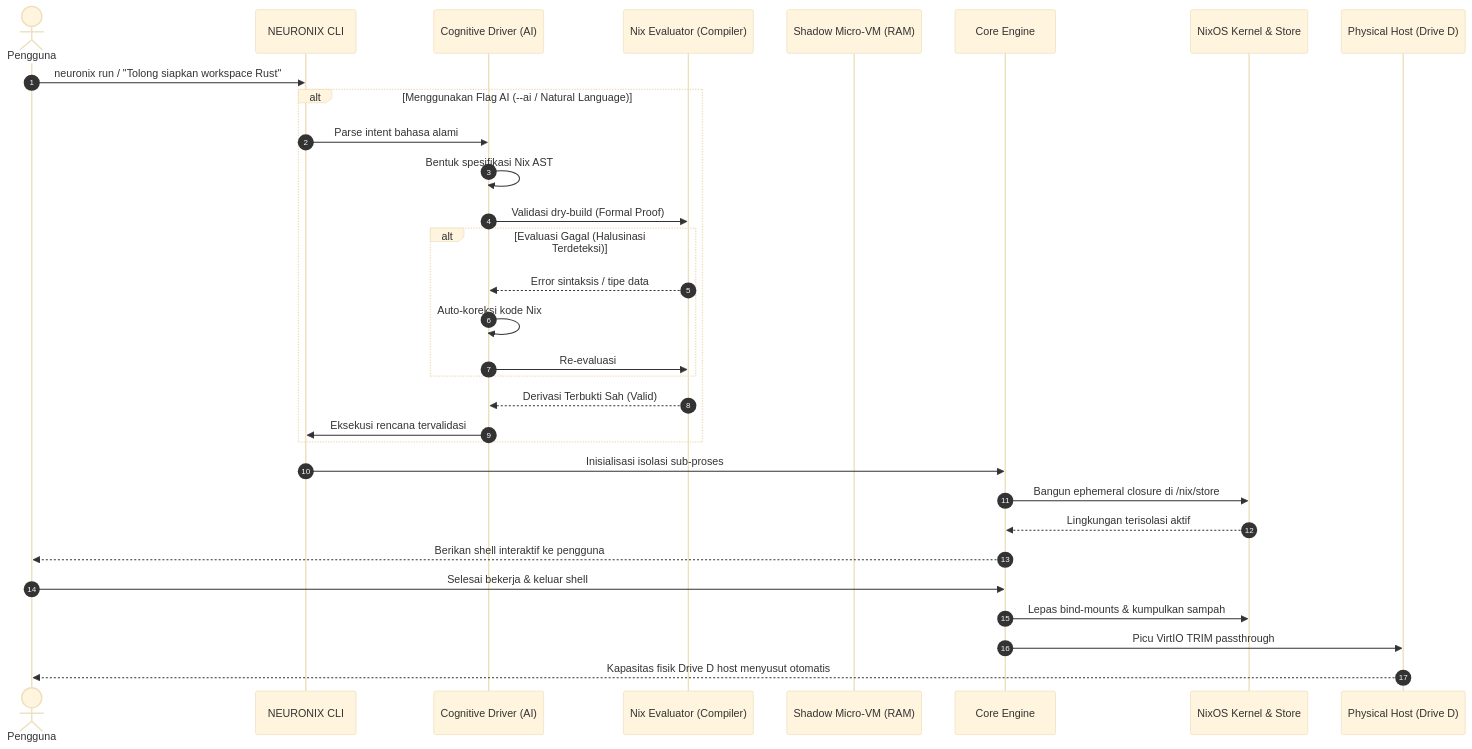
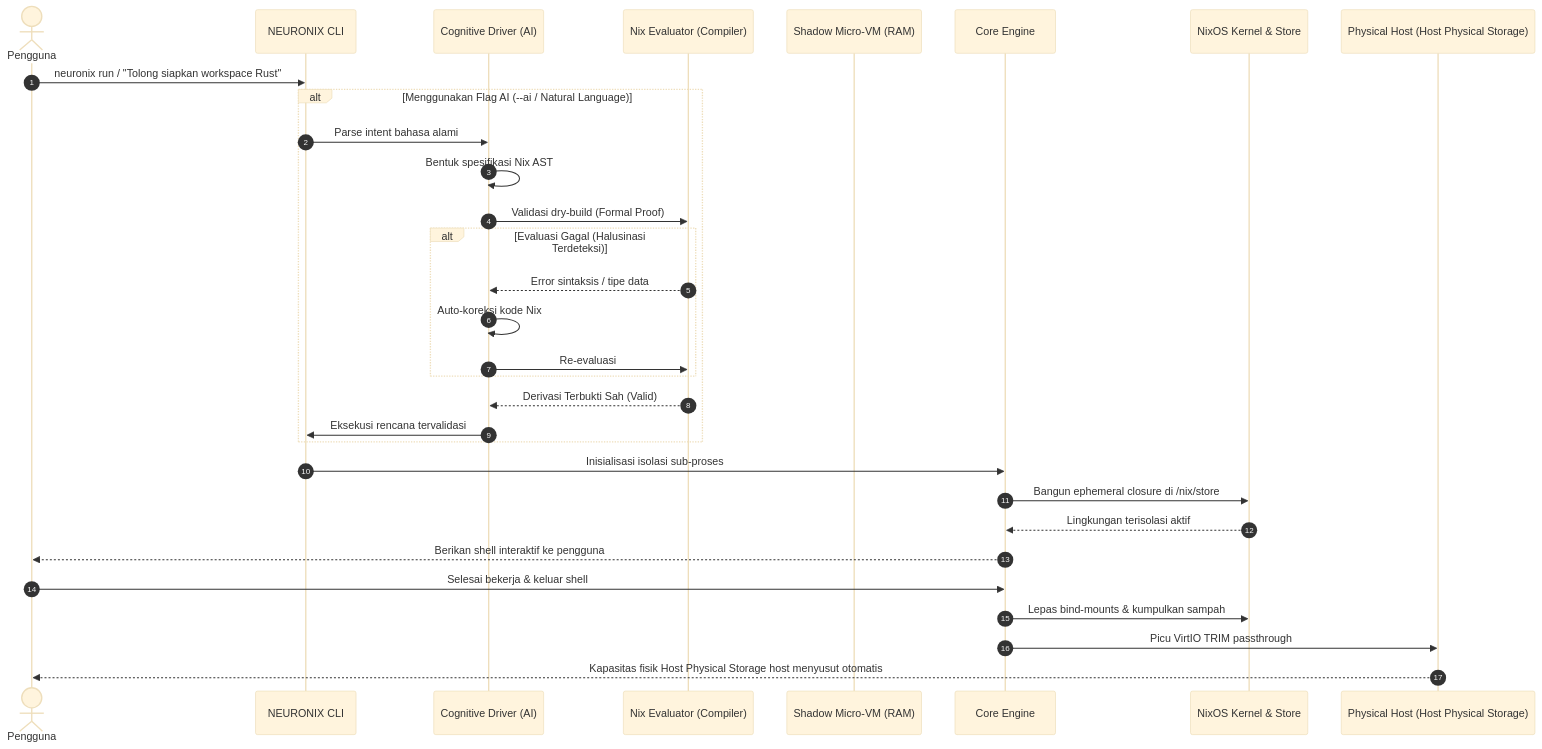
Before and after one commit to adamriofc/NeuronixOS: the diagram in Blueprint/02_SYSTEM_ARCHITECTURE.md, drawn with Mermaid (base theme). The commit also changed other lines of this file and 24 other files, not shown here.

Commit message:
refactor(core): purge hardcoded local PC paths and drive D references, enforce universal hardware-agnostic storage abstraction

````diff
--- a/Blueprint/02_SYSTEM_ARCHITECTURE.md
+++ b/Blueprint/02_SYSTEM_ARCHITECTURE.md
@@ -58,34 +58,34 @@
 ```mermaid
 sequenceDiagram
     autonumber
     actor User as Pengguna
     participant CLI as NEURONIX CLI
     participant Copilot as Cognitive Driver (AI)
     participant NixEval as Nix Evaluator (Compiler)
     participant Canary as Shadow Micro-VM (RAM)
     participant Core as Core Engine
     participant OS as NixOS Kernel & Store
-    participant Host as Physical Host (Drive D)
+    participant Host as Physical Host (Host Physical Storage)
 
     User->>CLI: neuronix run / "Tolong siapkan workspace Rust"
     alt Menggunakan Flag AI (--ai / Natural Language)
         CLI->>Copilot: Parse intent bahasa alami
         Copilot->>Copilot: Bentuk spesifikasi Nix AST
         Copilot->>NixEval: Validasi dry-build (Formal Proof)
         alt Evaluasi Gagal (Halusinasi Terdeteksi)
             NixEval-->>Copilot: Error sintaksis / tipe data
             Copilot->>Copilot: Auto-koreksi kode Nix
             Copilot->>NixEval: Re-evaluasi
         end
         NixEval-->>Copilot: Derivasi Terbukti Sah (Valid)
         Copilot->>CLI: Eksekusi rencana tervalidasi
     end
     CLI->>Core: Inisialisasi isolasi sub-proses
     Core->>OS: Bangun ephemeral closure di /nix/store
     OS-->>Core: Lingkungan terisolasi aktif
     Core-->>User: Berikan shell interaktif ke pengguna
     User->>Core: Selesai bekerja & keluar shell
     Core->>OS: Lepas bind-mounts & kumpulkan sampah
     Core->>Host: Picu VirtIO TRIM passthrough
-    Host-->>User: Kapasitas fisik Drive D host menyusut otomatis
+    Host-->>User: Kapasitas fisik Host Physical Storage host menyusut otomatis
 ```
````
